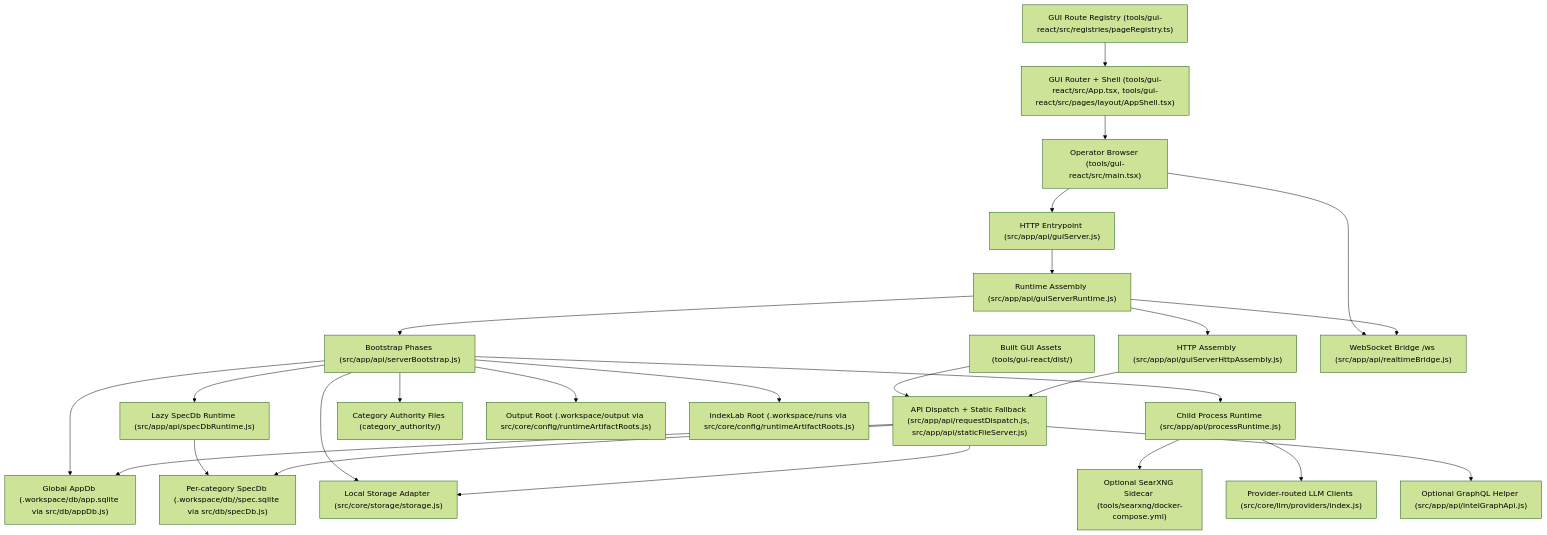
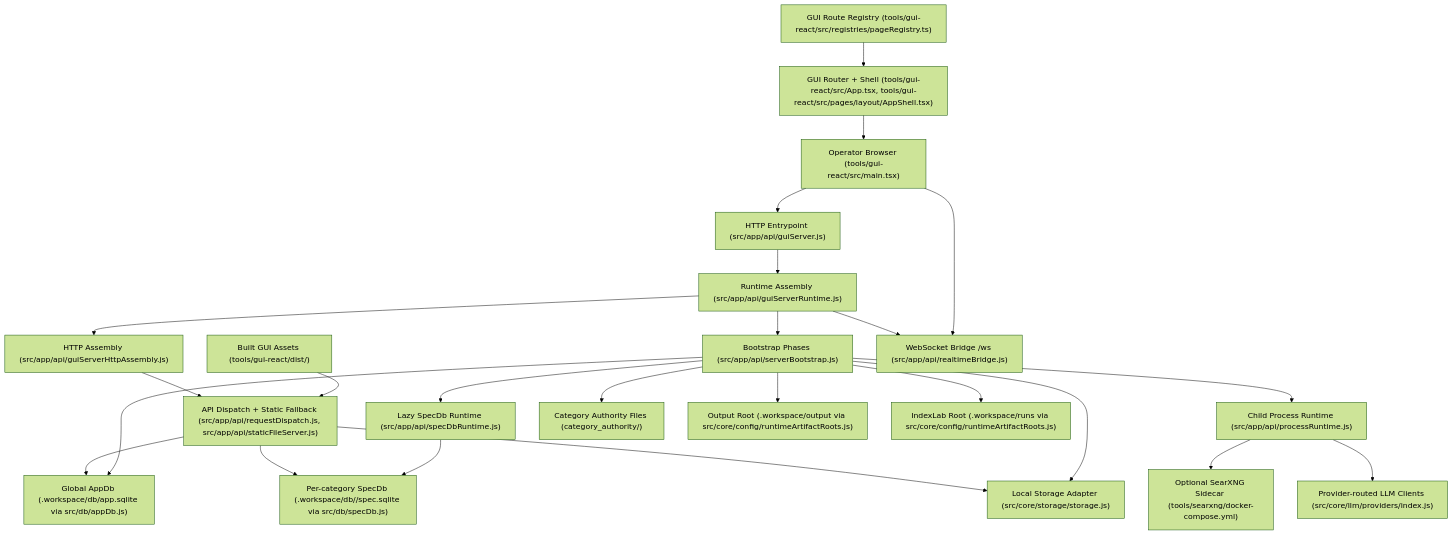
Before and after one commit to CdubVentures/Spec-Factory: the diagram in docs/03-architecture/system-map.md, drawn with Mermaid (forest theme). The commit also changed other lines of this file and 119 other files, not shown here.

````diff
--- a/docs/03-architecture/system-map.md
+++ b/docs/03-architecture/system-map.md
@@ -9,49 +9,47 @@
 ```mermaid
 graph TD
   Browser["Operator Browser (tools/gui-react/src/main.tsx)"]
   Gui["GUI Router + Shell (tools/gui-react/src/App.tsx, tools/gui-react/src/pages/layout/AppShell.tsx)"]
   Pages["GUI Route Registry (tools/gui-react/src/registries/pageRegistry.ts)"]
   Assets["Built GUI Assets (tools/gui-react/dist/)"]
   Entry["HTTP Entrypoint (src/app/api/guiServer.js)"]
   Runtime["Runtime Assembly (src/app/api/guiServerRuntime.js)"]
   Bootstrap["Bootstrap Phases (src/app/api/serverBootstrap.js)"]
   HttpAssembly["HTTP Assembly (src/app/api/guiServerHttpAssembly.js)"]
   Dispatch["API Dispatch + Static Fallback (src/app/api/requestDispatch.js, src/app/api/staticFileServer.js)"]
   Ws["WebSocket Bridge /ws (src/app/api/realtimeBridge.js)"]
   Proc["Child Process Runtime (src/app/api/processRuntime.js)"]
   AppDb["Global AppDb (.workspace/db/app.sqlite via src/db/appDb.js)"]
   SpecRuntime["Lazy SpecDb Runtime (src/app/api/specDbRuntime.js)"]
   SpecDb["Per-category SpecDb (.workspace/db/<category>/spec.sqlite via src/db/specDb.js)"]
   Authority["Category Authority Files (category_authority/)"]
   Output["Output Root (.workspace/output via src/core/config/runtimeArtifactRoots.js)"]
   IndexLab["IndexLab Root (.workspace/runs via src/core/config/runtimeArtifactRoots.js)"]
   Storage["Local Storage Adapter (src/core/storage/storage.js)"]
-  Graphql["Optional GraphQL Helper (src/app/api/intelGraphApi.js)"]
   Searxng["Optional SearXNG Sidecar (tools/searxng/docker-compose.yml)"]
   Llm["Provider-routed LLM Clients (src/core/llm/providers/index.js)"]
 
   Browser --> Entry
   Browser --> Ws
   Pages --> Gui
   Gui --> Browser
   Assets --> Dispatch
   Entry --> Runtime
   Runtime --> Bootstrap
   Runtime --> HttpAssembly
   HttpAssembly --> Dispatch
   Runtime --> Ws
   Bootstrap --> AppDb
   Bootstrap --> SpecRuntime
   SpecRuntime --> SpecDb
   Bootstrap --> Authority
   Bootstrap --> Output
   Bootstrap --> IndexLab
   Bootstrap --> Storage
   Bootstrap --> Proc
   Dispatch --> AppDb
   Dispatch --> SpecDb
   Dispatch --> Storage
-  Dispatch --> Graphql
   Proc --> Searxng
   Proc --> Llm
 ```
````
